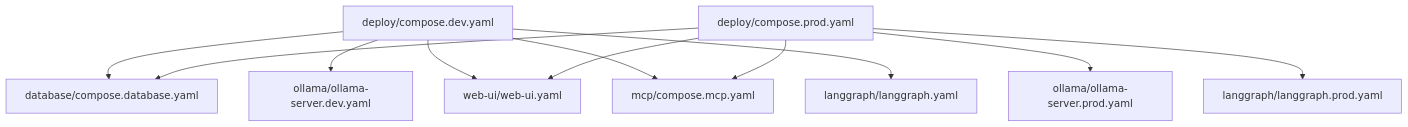
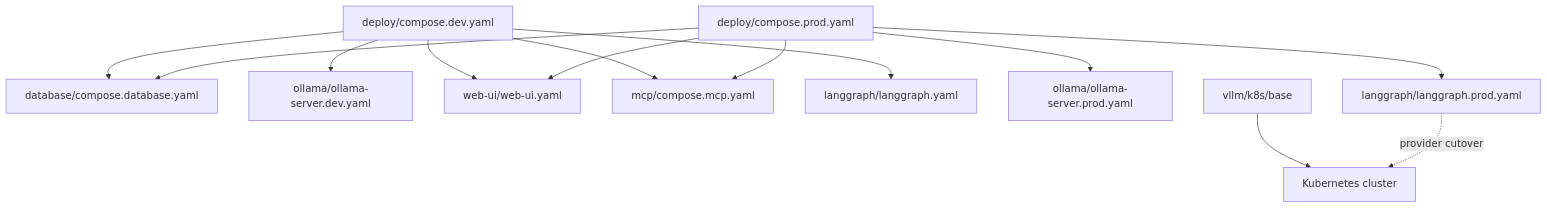
Before and after one commit to RadmirG/AES: the first of 4 diagrams in deploy/architecture.md, drawn with Mermaid. The commit also changed other lines of this file and 26 other files, not shown here.

Commit message:
A pw reset mechanism and vLLM service for Kubernetes Cluster

````diff
--- a/deploy/architecture.md
+++ b/deploy/architecture.md
@@ -6,14 +8,17 @@
 ```mermaid
 flowchart TD
     A["deploy/compose.dev.yaml"] --> DB["database/compose.database.yaml"]
     A --> B["ollama/ollama-server.dev.yaml"]
     A --> C["web-ui/web-ui.yaml"]
     A --> D["mcp/compose.mcp.yaml"]
     A --> E["langgraph/langgraph.yaml"]
 
     F["deploy/compose.prod.yaml"] --> DB
     F --> G["ollama/ollama-server.prod.yaml"]
     F --> C
     F --> D
     F --> H["langgraph/langgraph.prod.yaml"]
+
+    V["vllm/k8s/base"] --> K["Kubernetes cluster"]
+    H -.->|provider cutover| K
 ```
````
